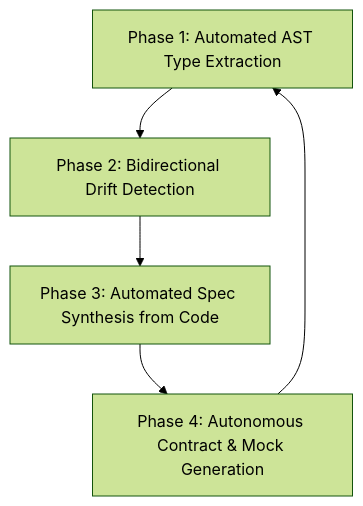
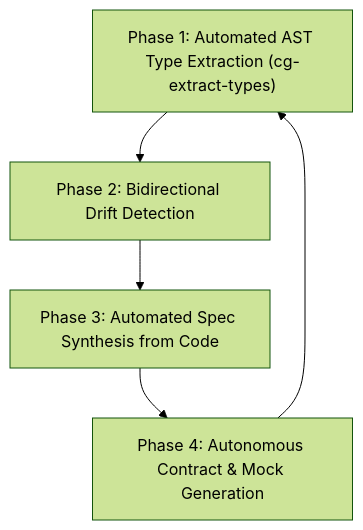
One commit to alimtvnetwork/spec-builder-v11 changed the diagram in 02-spec/validation-reports/18-ai-perspective-spec-audit-and-future-roadmap.md. Above: the diagram before and after it, drawn with Mermaid (forest theme). The commit also changed other lines of this file and 135 other files, not shown here.

````diff
--- a/02-spec/validation-reports/18-ai-perspective-spec-audit-and-future-roadmap.md
+++ b/02-spec/validation-reports/18-ai-perspective-spec-audit-and-future-roadmap.md
@@ -84,7 +109,7 @@
 ```mermaid
 flowchart TD
-    A["Phase 1: Automated AST Type Extraction"] --> B["Phase 2: Bidirectional Drift Detection"]
+    A["Phase 1: Automated AST Type Extraction (cg-extract-types)"] --> B["Phase 2: Bidirectional Drift Detection"]
     B --> C["Phase 3: Automated Spec Synthesis from Code"]
     C --> D["Phase 4: Autonomous Contract & Mock Generation"]
     D --> A
 ```
````
